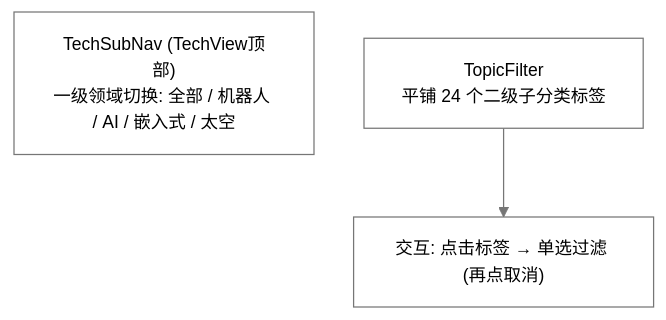
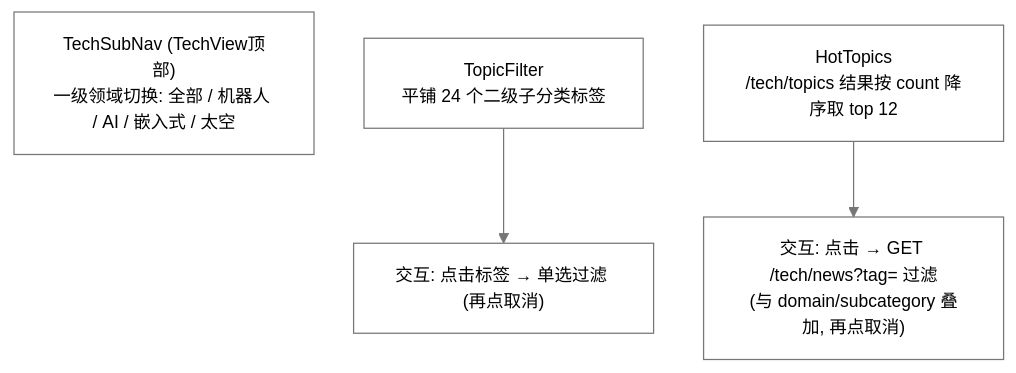
Before and after one commit to onceme/instantboard: the third of 3 diagrams in docs/dev-guide/design/tech-tab.md, drawn with Mermaid. The commit also changed other lines of this file and 15 other files, not shown here.

Commit message:
feat: show hot topic tags with click-to-filter in tech feed

````diff
--- a/docs/dev-guide/design/tech-tab.md
+++ b/docs/dev-guide/design/tech-tab.md
@@ -241,7 +242,9 @@
 ```mermaid
 %%{init: {"theme": "base", "themeVariables": {"primaryColor": "#ffffff", "primaryTextColor": "#000000", "primaryBorderColor": "#767676", "lineColor": "#767676", "arrowheadColor": "#767676", "secondaryColor": "#ffffff", "secondaryTextColor": "#000000", "secondaryBorderColor": "#767676", "tertiaryColor": "#ffffff", "tertiaryTextColor": "#000000", "tertiaryBorderColor": "#767676", "edgeLabelBackground": "#ffffff", "textColor": "#000000", "nodeTextColor": "#000000", "mainBkg": "#ffffff", "nodeBorder": "#767676", "clusterBkg": "#ffffff", "clusterBdr": "#767676", "clusterTextColor": "#000000", "titleColor": "#000000", "fontSize": "14px"}, "flowchart": {"nodeSpacing": 40, "rankSpacing": 50, "wrappingWidth": 180, "useMaxWidth": true}}}%%
 graph TD
     TSN["TechSubNav (TechView顶部)<br/>一级领域切换: 全部 / 机器人 / AI / 嵌入式 / 太空"]
     TFC["TopicFilter<br/>平铺 24 个二级子分类标签"]
     TFC --> Interact["交互: 点击标签 → 单选过滤 (再点取消)"]
+    HT["HotTopics<br/>/tech/topics 结果按 count 降序取 top 12"]
+    HT --> HTInteract["交互: 点击 → GET /tech/news?tag= 过滤<br/>(与 domain/subcategory 叠加, 再点取消)"]
 ```
````
